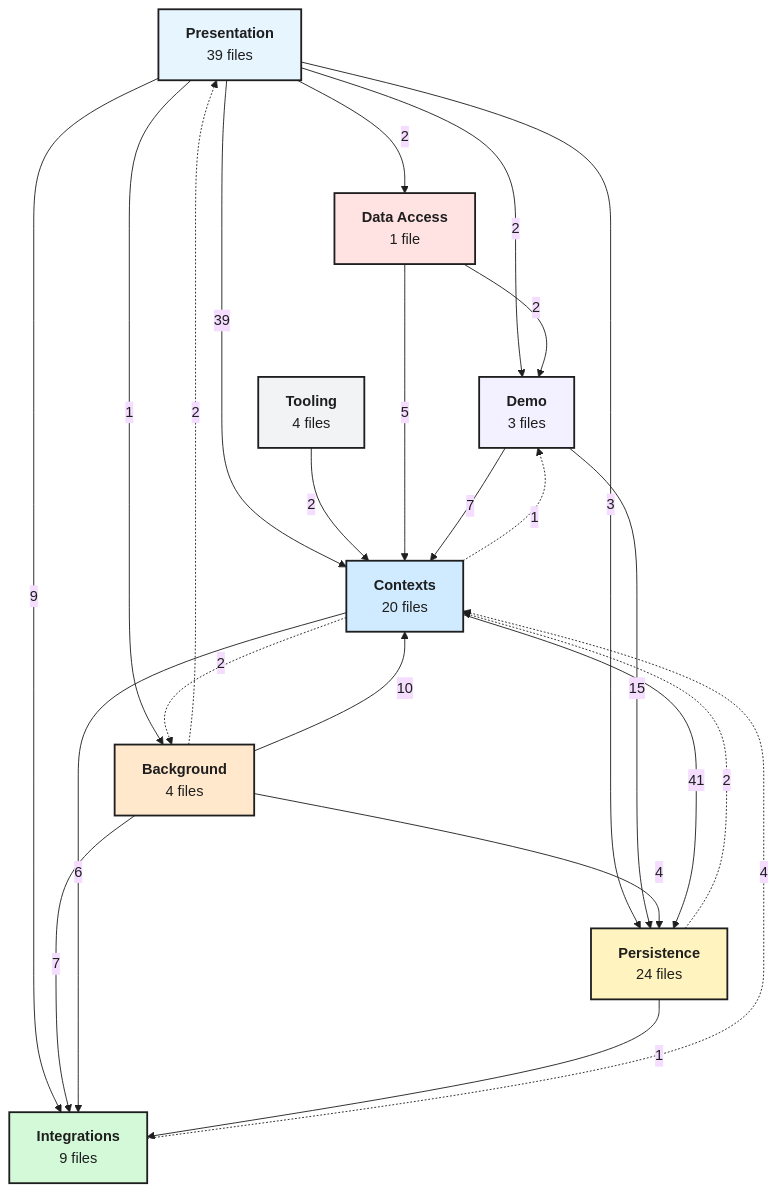
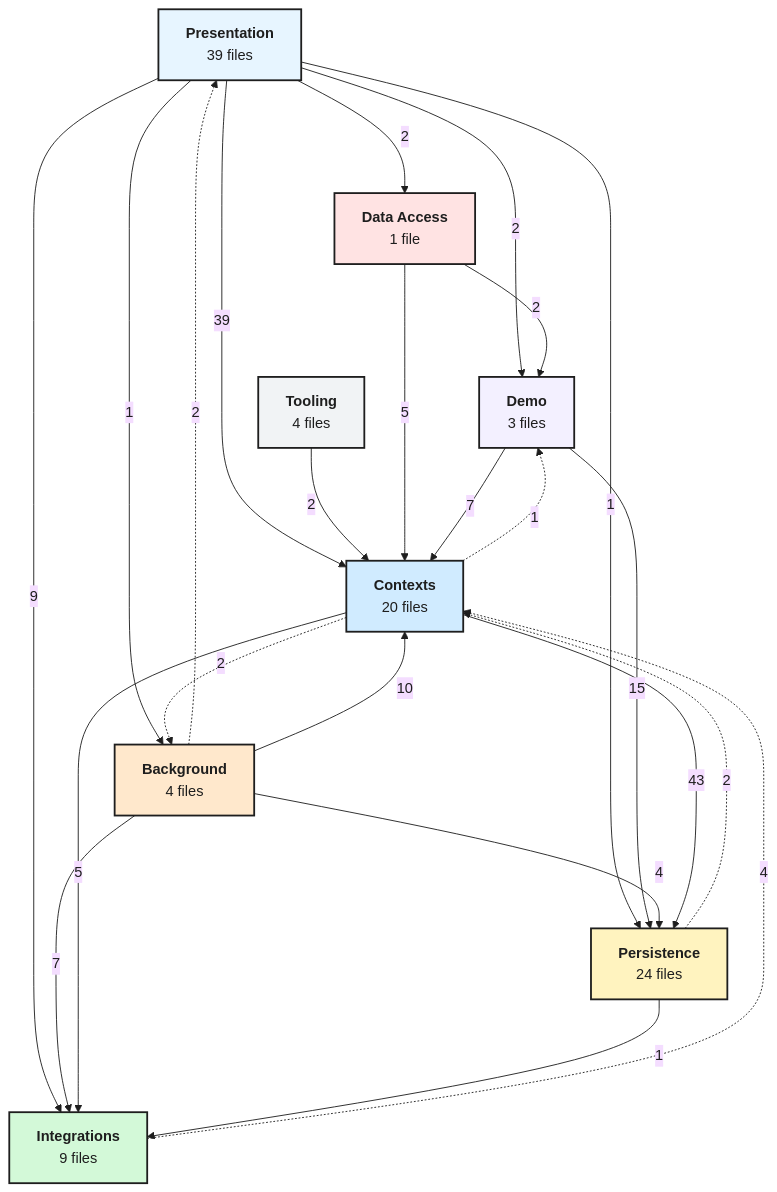
Before and after one commit to sudo-adduser-jordan/tripwire: the second of 2 diagrams in docs/architecture.md, drawn with Mermaid. The commit also changed 12 other files, not shown here.

````diff
--- a/docs/architecture.md
+++ b/docs/architecture.md
@@ -74,42 +74,42 @@
 ```mermaid
 %%{init: {"theme": "base", "flowchart": {"curve": "basis", "nodeSpacing": 60, "rankSpacing": 100, "wrappingWidth": 200}, "themeVariables": {"fontFamily": "sans-serif", "lineColor": "#1e1e1e", "primaryTextColor": "#1e1e1e"}}}%%
 flowchart TD
   presentation["<b>Presentation</b><br/>39 files"]:::blue
   tooling["<b>Tooling</b><br/>4 files"]:::gray
   data_access["<b>Data Access</b><br/>1 file"]:::rose
   demo["<b>Demo</b><br/>3 files"]:::violet
   background["<b>Background</b><br/>4 files"]:::orange
   contexts["<b>Contexts</b><br/>20 files"]:::cyan
   persistence["<b>Persistence</b><br/>24 files"]:::yellow
   integrations["<b>Integrations</b><br/>9 files"]:::green
   presentation -->|2| data_access
   presentation -->|2| demo
   presentation -->|1| background
   presentation -->|39| contexts
-  presentation -->|3| persistence
+  presentation -->|1| persistence
   presentation -->|9| integrations
   tooling -->|2| contexts
   data_access -->|2| demo
   data_access -->|5| contexts
   demo -->|7| contexts
   demo -->|15| persistence
   background -.->|2| presentation
   background -->|10| contexts
   background -->|4| persistence
   background -->|7| integrations
   contexts -.->|1| demo
   contexts -.->|2| background
-  contexts -->|41| persistence
-  contexts -->|6| integrations
+  contexts -->|43| persistence
+  contexts -->|5| integrations
   persistence -.->|2| contexts
   persistence -->|1| integrations
   integrations -.->|4| contexts
   classDef blue fill:#e7f5ff,stroke:#1e1e1e,stroke-width:2px,color:#1e1e1e
   classDef gray fill:#f1f3f5,stroke:#1e1e1e,stroke-width:2px,color:#1e1e1e
   classDef rose fill:#ffe3e3,stroke:#1e1e1e,stroke-width:2px,color:#1e1e1e
   classDef violet fill:#f3f0ff,stroke:#1e1e1e,stroke-width:2px,color:#1e1e1e
   classDef orange fill:#ffe8cc,stroke:#1e1e1e,stroke-width:2px,color:#1e1e1e
   classDef cyan fill:#d0ebff,stroke:#1e1e1e,stroke-width:2px,color:#1e1e1e
   classDef yellow fill:#fff3bf,stroke:#1e1e1e,stroke-width:2px,color:#1e1e1e
   classDef green fill:#d3f9d8,stroke:#1e1e1e,stroke-width:2px,color:#1e1e1e
 ```
````
